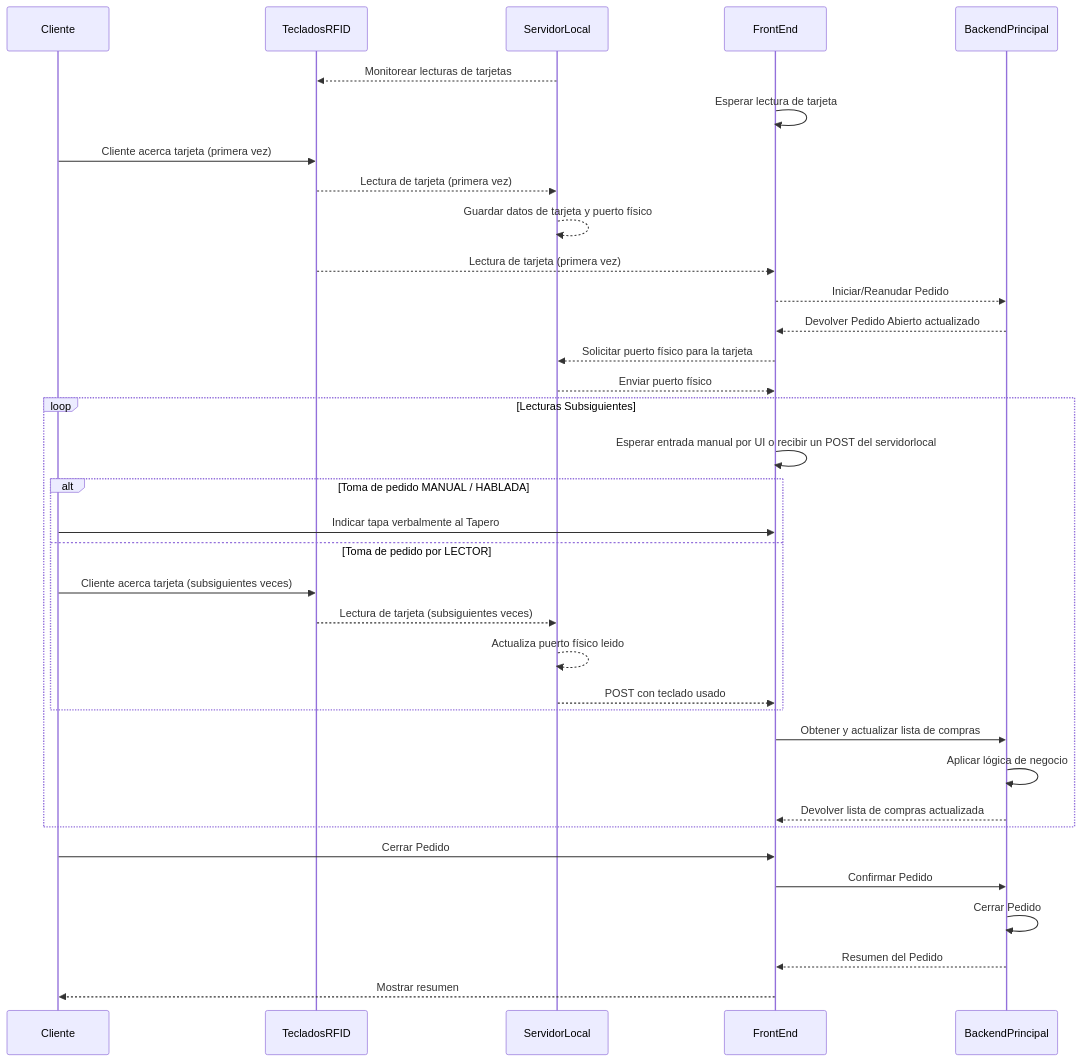
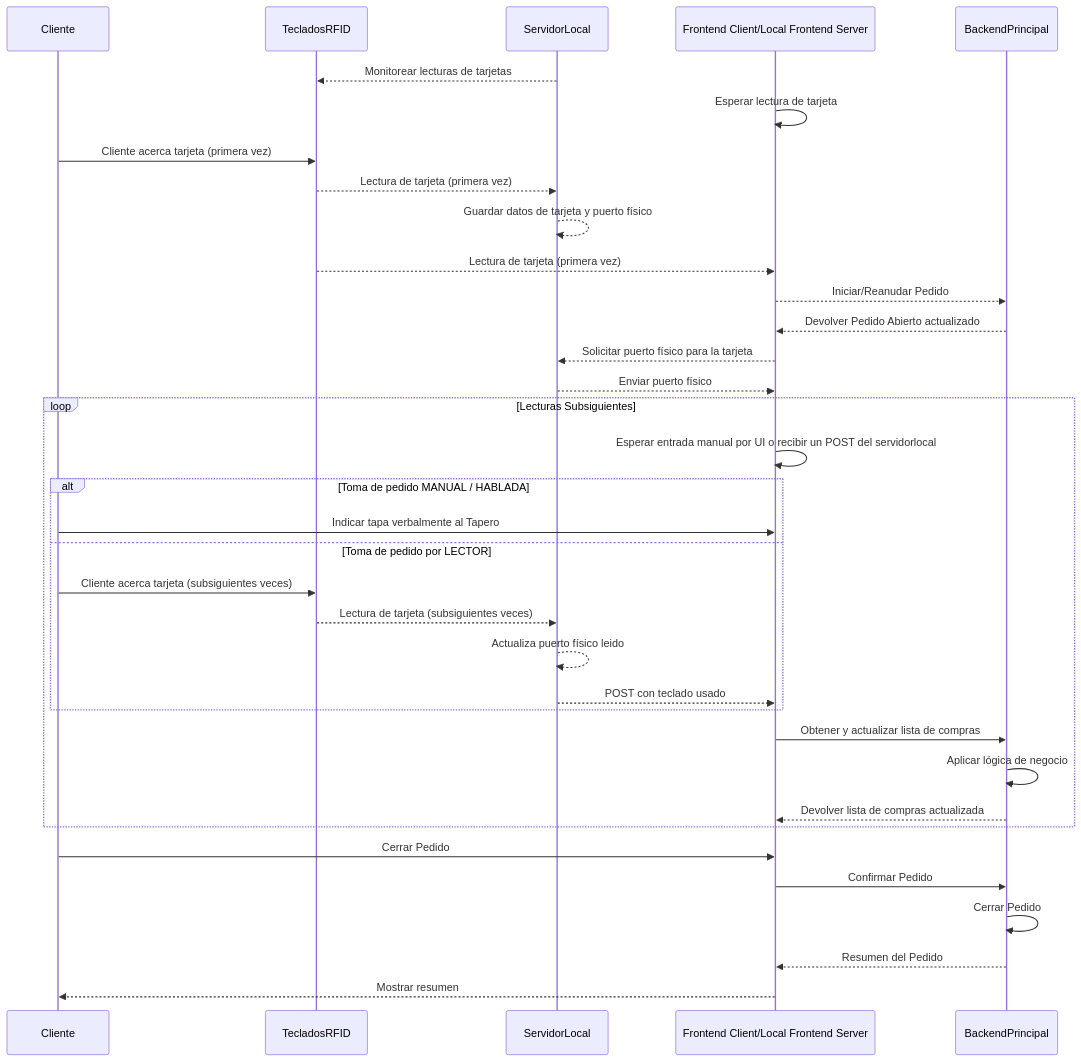
Before and after one commit to allanes/winebar-4: the diagram in docs/flujos/cliente/2_consumos_v2.md, drawn with Mermaid. The commit also changed 2 other files, not shown here.

Commit message:
post pedidos/agregar, remover, agregarbyphys devuelven el pedido abierto en vez del renglon . actualizado flujo de docs/consumo 2_consumos_v2.ms

````diff
--- a/docs/flujos/cliente/2_consumos_v2.md
+++ b/docs/flujos/cliente/2_consumos_v2.md
@@ -1,47 +1,47 @@
 ```mermaid
 sequenceDiagram
     participant Cliente
     participant TecladosRFID
     participant ServidorLocal
-    participant FrontEnd
+    participant Frontend Client/Local Frontend Server
     participant BackendPrincipal
 
     ServidorLocal-->>TecladosRFID: Monitorear lecturas de tarjetas
-    FrontEnd->>FrontEnd: Esperar lectura de tarjeta
+    Frontend Client/Local Frontend Server->>Frontend Client/Local Frontend Server: Esperar lectura de tarjeta
         
     Cliente->>TecladosRFID: Cliente acerca tarjeta (primera vez)
     TecladosRFID-->>ServidorLocal: Lectura de tarjeta (primera vez)
     ServidorLocal-->>ServidorLocal: Guardar datos de tarjeta y puerto físico
-    TecladosRFID-->>FrontEnd: Lectura de tarjeta (primera vez)
+    TecladosRFID-->>Frontend Client/Local Frontend Server: Lectura de tarjeta (primera vez)
     
-    FrontEnd-->>BackendPrincipal: Iniciar/Reanudar Pedido
-    BackendPrincipal-->>FrontEnd: Devolver Pedido Abierto actualizado
+    Frontend Client/Local Frontend Server-->>BackendPrincipal: Iniciar/Reanudar Pedido
+    BackendPrincipal-->>Frontend Client/Local Frontend Server: Devolver Pedido Abierto actualizado
 
-    FrontEnd-->>ServidorLocal: Solicitar puerto físico para la tarjeta
-    ServidorLocal-->>FrontEnd: Enviar puerto físico
+    Frontend Client/Local Frontend Server-->>ServidorLocal: Solicitar puerto físico para la tarjeta
+    ServidorLocal-->>Frontend Client/Local Frontend Server: Enviar puerto físico
 
     
     loop Lecturas Subsiguientes
-        FrontEnd->>FrontEnd: Esperar entrada manual por UI o recibir un POST del servidorlocal
+        Frontend Client/Local Frontend Server->>Frontend Client/Local Frontend Server: Esperar entrada manual por UI o recibir un POST del servidorlocal
         alt Toma de pedido MANUAL / HABLADA
-            Cliente->>FrontEnd: Indicar tapa verbalmente al Tapero
+            Cliente->>Frontend Client/Local Frontend Server: Indicar tapa verbalmente al Tapero
         else Toma de pedido por LECTOR
             Cliente->>TecladosRFID: Cliente acerca tarjeta (subsiguientes veces)
             TecladosRFID-->>ServidorLocal: Lectura de tarjeta (subsiguientes veces)
             ServidorLocal-->>ServidorLocal: Actualiza puerto físico leido
-            ServidorLocal-->>FrontEnd: POST con teclado usado
+            ServidorLocal-->>Frontend Client/Local Frontend Server: POST con teclado usado
         end
 
-        FrontEnd->>BackendPrincipal: Obtener y actualizar lista de compras
+        Frontend Client/Local Frontend Server->>BackendPrincipal: Obtener y actualizar lista de compras
         BackendPrincipal->>BackendPrincipal: Aplicar lógica de negocio
-        BackendPrincipal-->>FrontEnd: Devolver lista de compras actualizada
+        BackendPrincipal-->>Frontend Client/Local Frontend Server: Devolver lista de compras actualizada
     
     end
     
 
-    Cliente->>FrontEnd: Cerrar Pedido
-    FrontEnd->>BackendPrincipal: Confirmar Pedido
+    Cliente->>Frontend Client/Local Frontend Server: Cerrar Pedido
+    Frontend Client/Local Frontend Server->>BackendPrincipal: Confirmar Pedido
     BackendPrincipal->>BackendPrincipal: Cerrar Pedido
-    BackendPrincipal-->>FrontEnd: Resumen del Pedido
-    FrontEnd-->>Cliente: Mostrar resumen
+    BackendPrincipal-->>Frontend Client/Local Frontend Server: Resumen del Pedido
+    Frontend Client/Local Frontend Server-->>Cliente: Mostrar resumen
 ```
````
